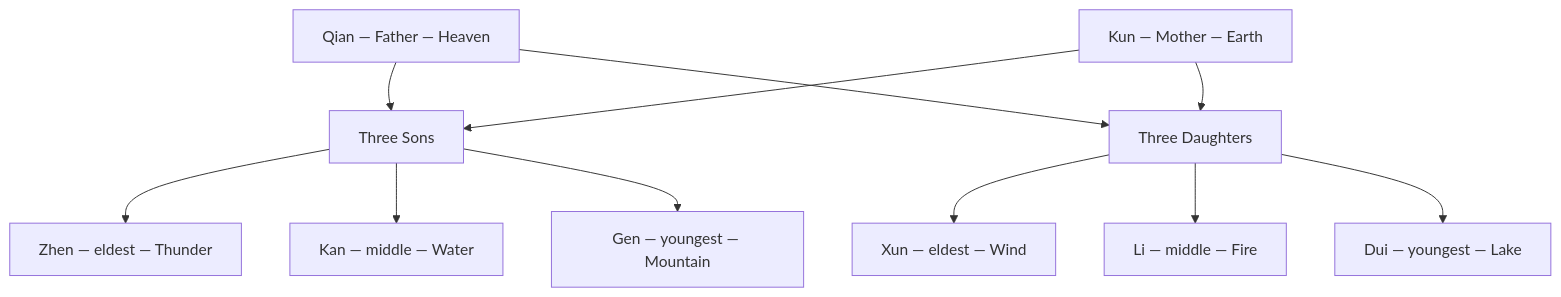
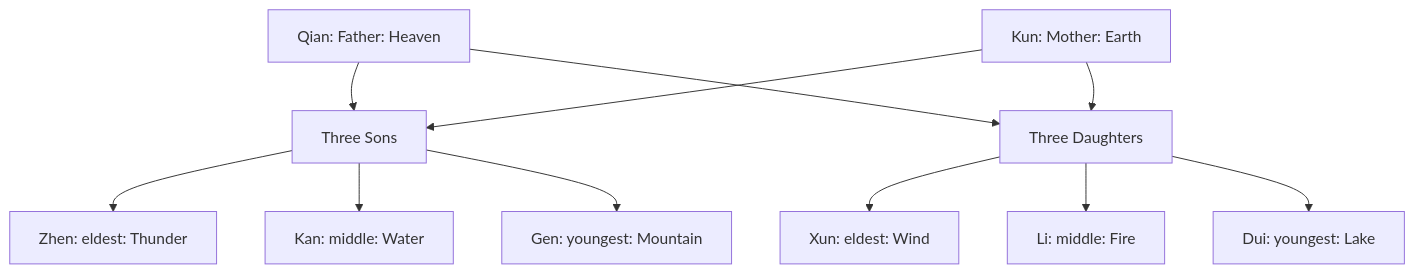
Before and after one commit to kennethreitz/kennethreitz.org: the diagram in data/knowledge/trigrams/index.md, drawn with Mermaid. The commit also changed other lines of this file and 879 other files, not shown here.

````diff
--- a/data/knowledge/trigrams/index.md
+++ b/data/knowledge/trigrams/index.md
@@ -23,15 +23,15 @@
 ```mermaid
 flowchart TD
-    QIAN["Qian — Father — Heaven"]
-    KUN["Kun — Mother — Earth"]
+    QIAN["Qian: Father: Heaven"]
+    KUN["Kun: Mother: Earth"]
     QIAN --> SONS["Three Sons"]
     KUN --> SONS
     QIAN --> DAUS["Three Daughters"]
     KUN --> DAUS
-    SONS --> ZHEN["Zhen — eldest — Thunder"]
-    SONS --> KAN["Kan — middle — Water"]
-    SONS --> GEN["Gen — youngest — Mountain"]
-    DAUS --> XUN["Xun — eldest — Wind"]
-    DAUS --> LI["Li — middle — Fire"]
-    DAUS --> DUI["Dui — youngest — Lake"]
+    SONS --> ZHEN["Zhen: eldest: Thunder"]
+    SONS --> KAN["Kan: middle: Water"]
+    SONS --> GEN["Gen: youngest: Mountain"]
+    DAUS --> XUN["Xun: eldest: Wind"]
+    DAUS --> LI["Li: middle: Fire"]
+    DAUS --> DUI["Dui: youngest: Lake"]
 ```
````
